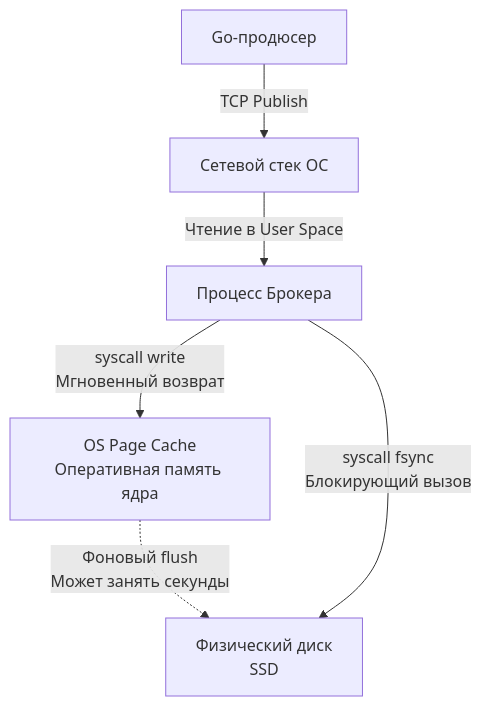
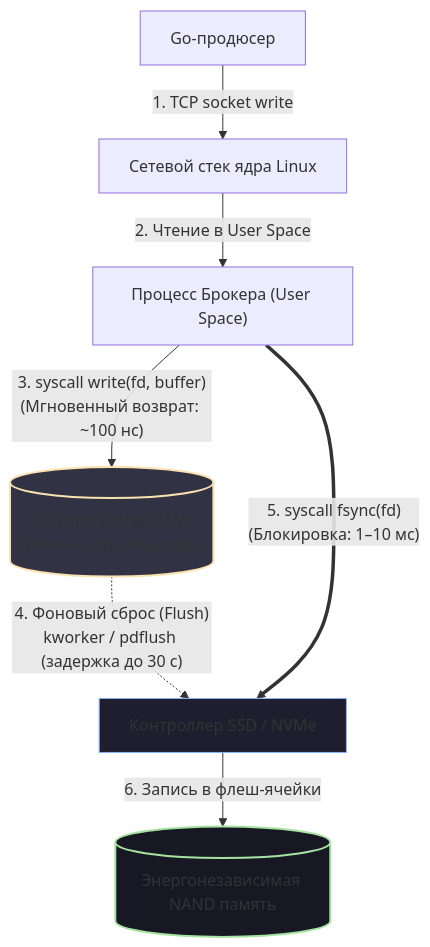
Before and after one commit to UnrealTemplier/go-textbook: the diagram in sources/13. Очереди, брокеры сообщений и оркестраторы/01. Фундамент асинхронности/7. Message durability и persistence.md, drawn with Mermaid. The commit also changed other lines of this file, not shown here.

````diff
--- a/sources/13. Очереди, брокеры сообщений и оркестраторы/01. Фундамент асинхронности/7. Message durability и persistence.md
+++ b/sources/13. Очереди, брокеры сообщений и оркестраторы/01. Фундамент асинхронности/7. Message durability и persistence.md
@@ -19,8 +20,13 @@
 ```mermaid
 flowchart TD
-    A["Go-продюсер"] -->|"TCP Publish"| B["Сетевой стек ОС"]
-    B -->|"Чтение в User Space"| C["Процесс Брокера"]
-    C -->|"syscall write<br>Мгновенный возврат"| D["OS Page Cache<br>Оперативная память ядра"]
-    D -.->|"Фоновый flush<br>Может занять секунды"| E["Физический диск<br>SSD"]
-    C -->|"syscall fsync<br>Блокирующий вызов"| E
+    A["Go-продюсер"] -->|"1. TCP socket write"| B["Сетевой стек ядра Linux"]
+    B -->|"2. Чтение в User Space"| C["Процесс Брокера (User Space)"]
+    C -->|"3. syscall write(fd, buffer)<br>(Мгновенный возврат: ~100 нс)"| D[("OS Page Cache (RAM)<br>Грязные страницы ядра")]
+    D -.->|"4. Фоновый сброс (Flush)<br>kworker / pdflush (задержка до 30 с)"| E["Контроллер SSD / NVMe"]
+    C ==>|"5. syscall fsync(fd)<br>(Блокировка: 1–10 мс)"| E
+    E -->|"6. Запись в флеш-ячейки"| F[("Энергонезависимая NAND память")]
+
+    style D fill:#313244,stroke:#f9e2af,stroke-width:2px
+    style E fill:#1e1e2e,stroke:#89b4fa,stroke-width:1px
+    style F fill:#181825,stroke:#a6e3a1,stroke-width:2px
 ```
````
